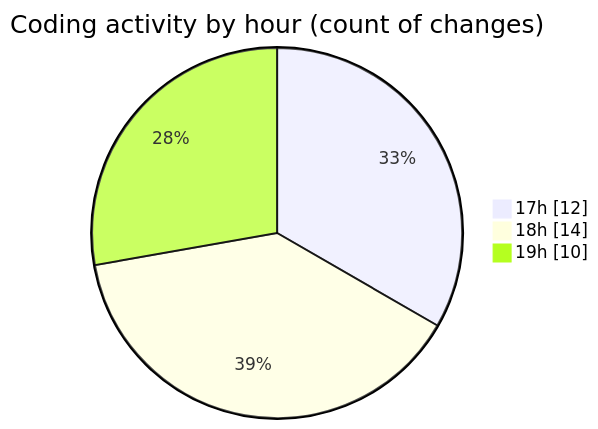
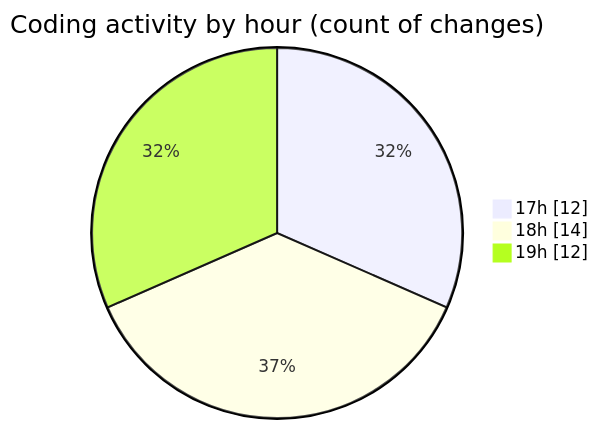
Before and after one commit to donsfak/code-tracking: the second of 2 diagrams in 2025-02-16/uber_clone/README.md, drawn with Mermaid. The commit also changed other lines of this file and 1 other file, not shown here.

````diff
--- a/2025-02-16/uber_clone/README.md
+++ b/2025-02-16/uber_clone/README.md
@@ -41,7 +41,7 @@
 ```mermaid
 pie showData
 title Coding activity by hour (count of changes)
 "17h" : 12
 "18h" : 14
-"19h" : 10
+"19h" : 12
 ```
````
